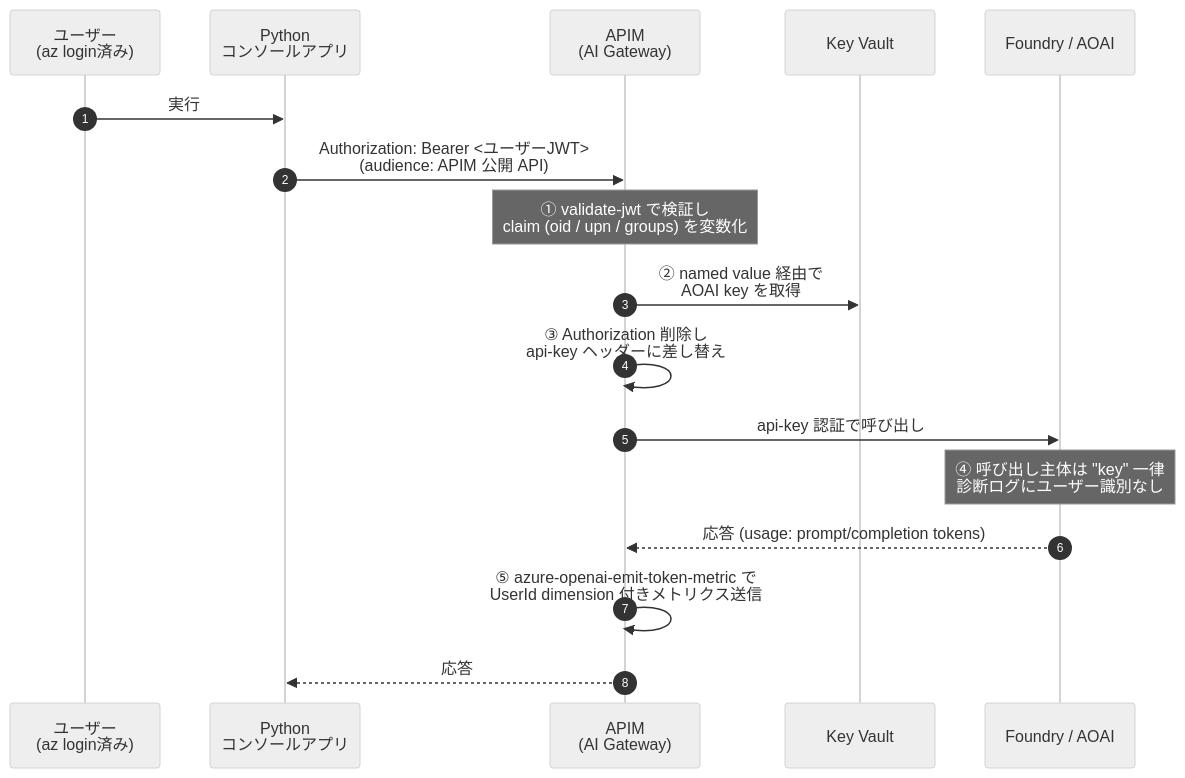
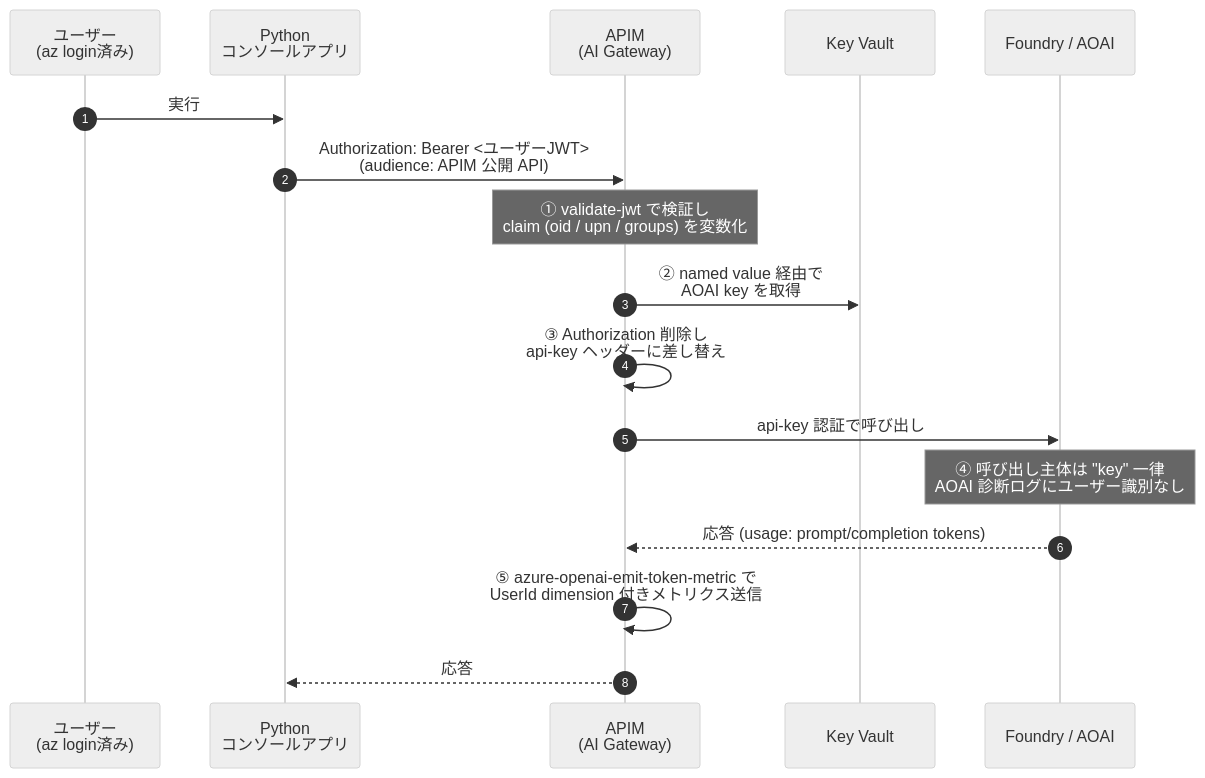
Before and after one commit to h-morozumi/foundry-usage-tracking-patterns: the fifth of 9 diagrams in README.md, drawn with Mermaid (neutral theme). The commit also changed other lines of this file, not shown here.

Commit message:
fix: Update README to clarify AOAI diagnostic logs and logging patterns

````diff
--- a/README.md
+++ b/README.md
@@ -226,20 +239,20 @@
 ```mermaid
 sequenceDiagram
     autonumber
     participant U as ユーザー<br/>(az login済み)
     participant APP as Python<br/>コンソールアプリ
     participant APIM as APIM<br/>(AI Gateway)
     participant KV as Key Vault
     participant AOAI as Foundry / AOAI
 
     U->>APP: 実行
     APP->>APIM: Authorization: Bearer <ユーザーJWT><br/>(audience: APIM 公開 API)
     Note over APIM: ① validate-jwt で検証し<br/>claim (oid / upn / groups) を変数化
     APIM->>KV: ② named value 経由で<br/>AOAI key を取得
     APIM->>APIM: ③ Authorization 削除し<br/>api-key ヘッダーに差し替え
     APIM->>AOAI: api-key 認証で呼び出し
-    Note over AOAI: ④ 呼び出し主体は "key" 一律<br/>診断ログにユーザー識別なし
+    Note over AOAI: ④ 呼び出し主体は "key" 一律<br/>AOAI 診断ログにユーザー識別なし
     AOAI-->>APIM: 応答 (usage: prompt/completion tokens)
     APIM->>APIM: ⑤ azure-openai-emit-token-metric で<br/>UserId dimension 付きメトリクス送信
     APIM-->>APP: 応答
 ```
````
